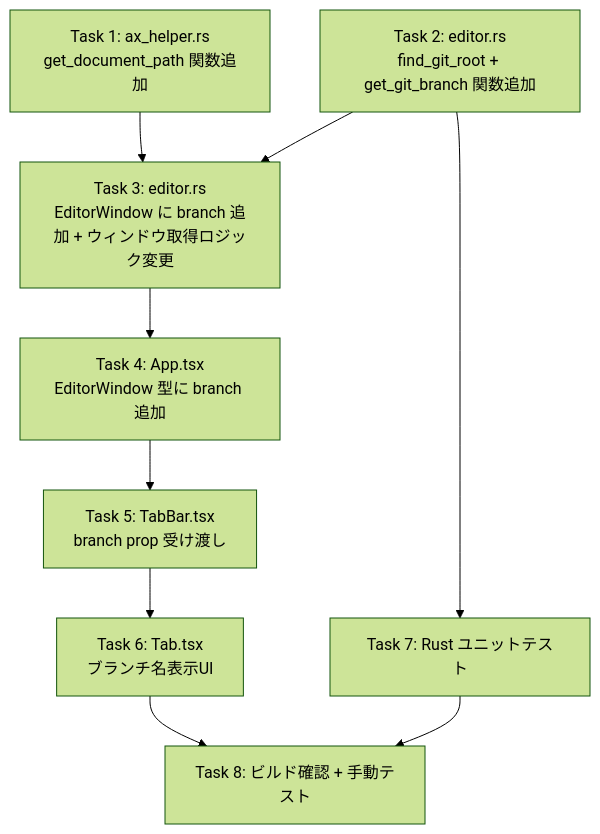
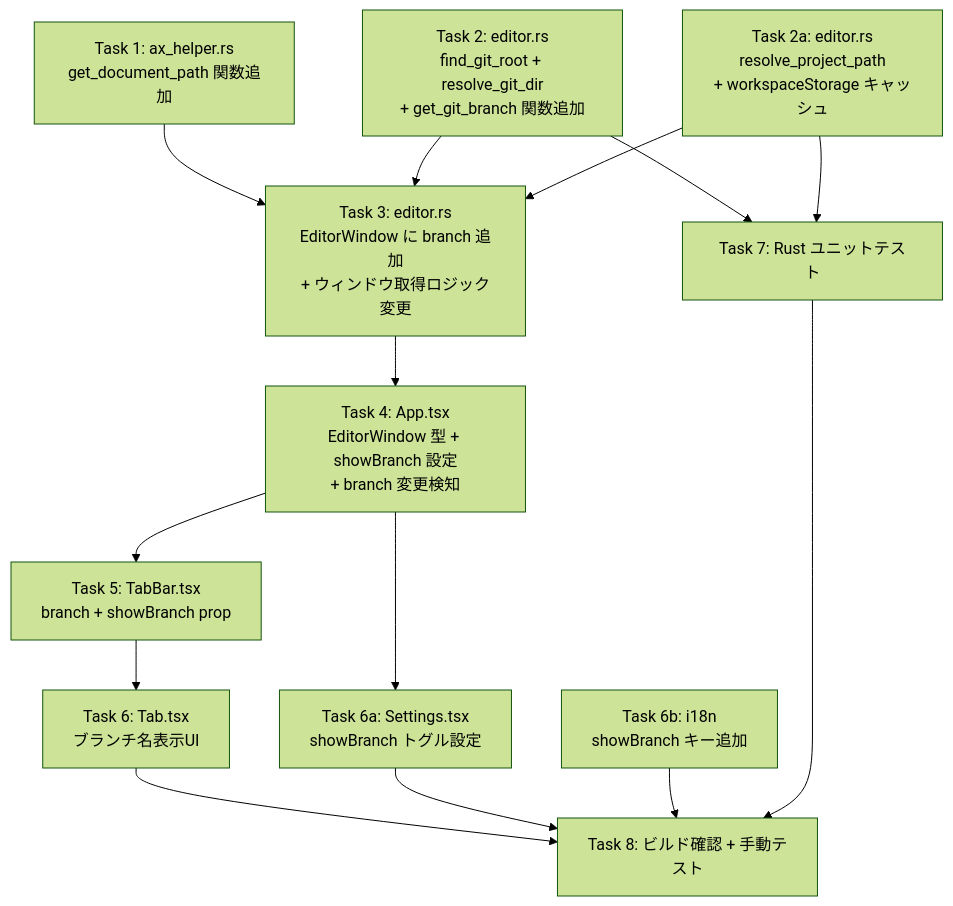
The diagram in docs/Gitブランチ表示/implementation-plan.md (884js/editor-tab-manager), drawn with Mermaid (forest theme) before and after one commit. The commit also changed other lines of this file and 3 other files, not shown here.

````diff
--- a/docs/Gitブランチ表示/implementation-plan.md
+++ b/docs/Gitブランチ表示/implementation-plan.md
@@ -27,12 +30,18 @@
 ```mermaid
 graph TD
     T1["Task 1: ax_helper.rs<br/>get_document_path 関数追加"] --> T3
-    T2["Task 2: editor.rs<br/>find_git_root + get_git_branch 関数追加"] --> T3
-    T3["Task 3: editor.rs<br/>EditorWindow に branch 追加 + ウィンドウ取得ロジック変更"] --> T4
-    T4["Task 4: App.tsx<br/>EditorWindow 型に branch 追加"] --> T5
-    T5["Task 5: TabBar.tsx<br/>branch prop 受け渡し"] --> T6
+    T2["Task 2: editor.rs<br/>find_git_root + resolve_git_dir<br/>+ get_git_branch 関数追加"] --> T3
+    T2a["Task 2a: editor.rs<br/>resolve_project_path<br/>+ workspaceStorage キャッシュ"] --> T3
+    T3["Task 3: editor.rs<br/>EditorWindow に branch 追加<br/>+ ウィンドウ取得ロジック変更"] --> T4
+    T4["Task 4: App.tsx<br/>EditorWindow 型 + showBranch 設定<br/>+ branch 変更検知"] --> T5
+    T5["Task 5: TabBar.tsx<br/>branch + showBranch prop"] --> T6
     T6["Task 6: Tab.tsx<br/>ブランチ名表示UI"]
+    T4 --> T6a["Task 6a: Settings.tsx<br/>showBranch トグル設定"]
+    T6b["Task 6b: i18n<br/>showBranch キー追加"]
     T2 --> T7["Task 7: Rust ユニットテスト"]
+    T2a --> T7
     T6 --> T8["Task 8: ビルド確認 + 手動テスト"]
+    T6a --> T8
+    T6b --> T8
     T7 --> T8
 ```
````
